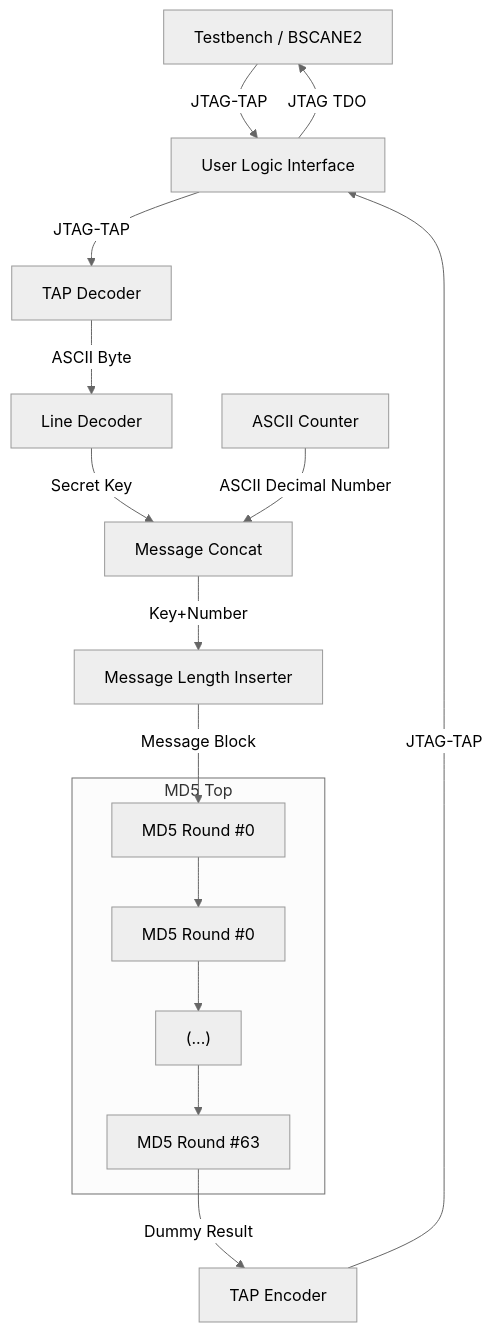
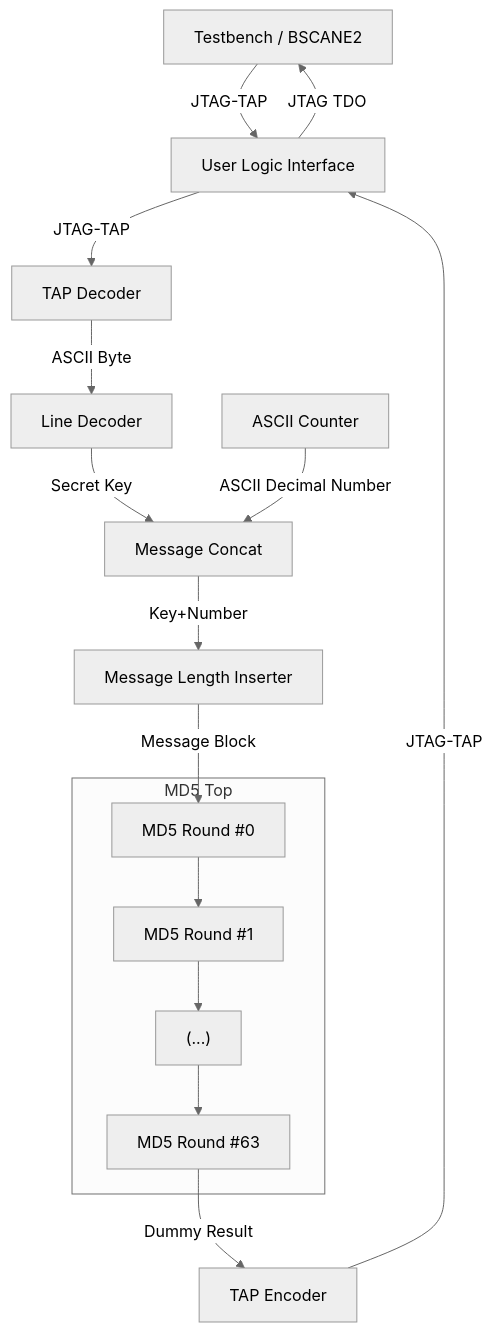
Before and after one commit to MatthieuMichon/aoc-rtl: the second of 3 diagrams in 15/4-1/README.md, drawn with Mermaid (neutral theme). The commit also changed other lines of this file and 1 other file, not shown here.

Commit message:
(2015day4) doc: Fix typos in diagrams

````diff
--- a/15/4-1/README.md
+++ b/15/4-1/README.md
@@ -427,31 +427,31 @@
 ```mermaid
 flowchart
 tb["Testbench / BSCANE2"]
 if["User Logic Interface"]
 tap-dec["TAP Decoder"]
 dec["Line Decoder"]
 cnt["ASCII Counter"]
 concat["Message Concat"]
 len["Message Length Inserter"]
 subgraph md5["MD5 Top"]
     r0["MD5 Round #0"]
-    r1["MD5 Round #0"]
+    r1["MD5 Round #1"]
     rdd["(...)"]
     r63["MD5 Round #63"]
 end
 tap-enc["TAP Encoder"]
 
 tb --JTAG-TAP--> if
 if --JTAG-TAP--> tap-dec
 tap-dec --ASCII Byte --> dec
 dec --Secret Key--> concat
 cnt --ASCII Decimal Number--> concat
 concat --Key+Number--> len
 len --Message Block--> r0
 r0 --> r1
 r1 --> rdd
 rdd --> r63
 r63 --Dummy Result--> tap-enc
 tap-enc --JTAG-TAP--> if
 if --JTAG TDO--> tb
 ```
````
